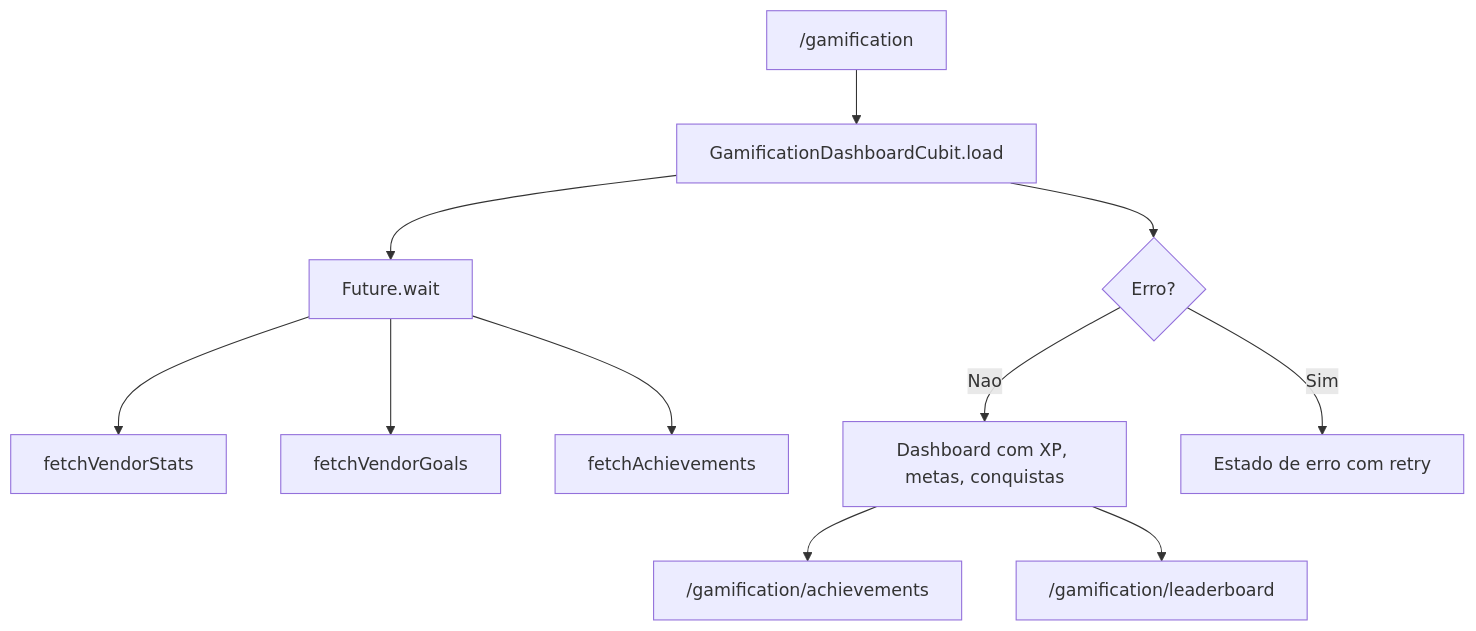
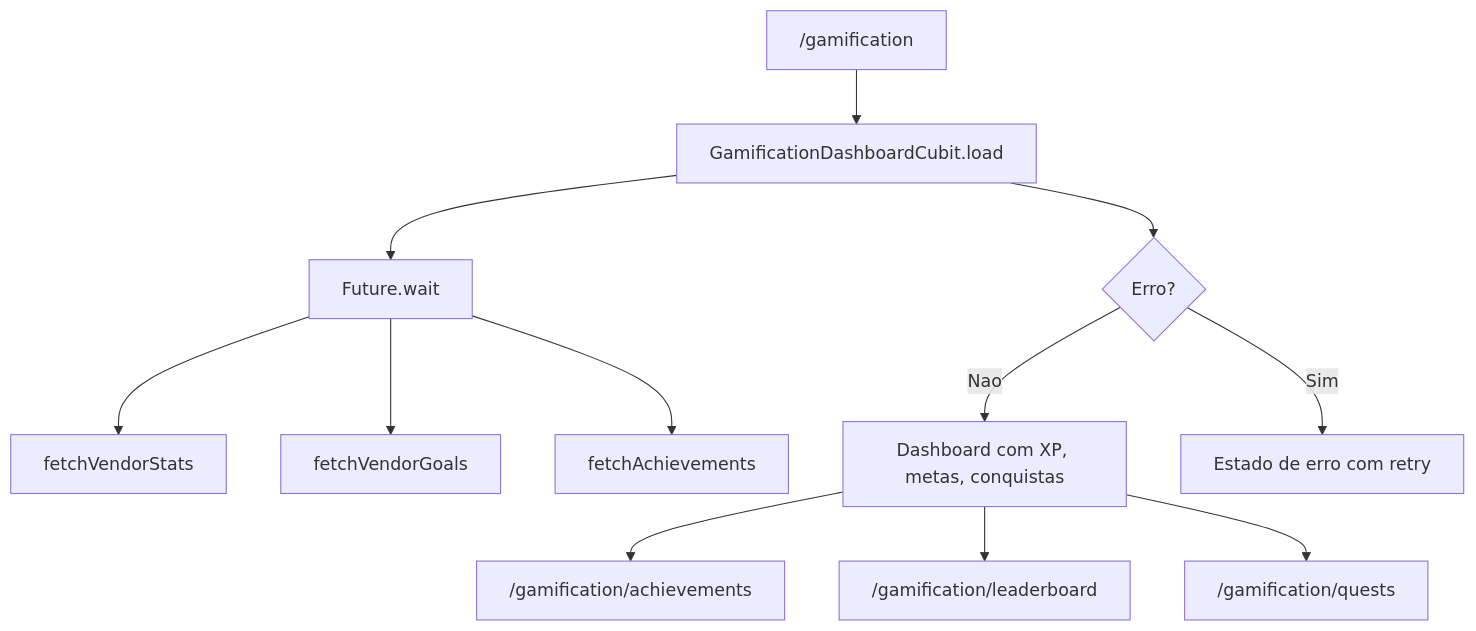
One commit to RenanDiniz21/performaz-mobile changed the sixth of 8 diagrams in docs/APRESENTACAO_TECNICA_COMPLETA.md. Above: the diagram before and after it, drawn with Mermaid. The commit also changed other lines of this file and 21 other files, not shown here.

````diff
--- a/docs/APRESENTACAO_TECNICA_COMPLETA.md
+++ b/docs/APRESENTACAO_TECNICA_COMPLETA.md
@@ -933,13 +944,14 @@
 ```mermaid
 flowchart TD
     A["/gamification"] --> B["GamificationDashboardCubit.load"]
     B --> C["Future.wait"]
     C --> D["fetchVendorStats"]
     C --> E["fetchVendorGoals"]
     C --> F["fetchAchievements"]
     B --> G{"Erro?"}
     G -->|Nao| H["Dashboard com XP, metas, conquistas"]
     G -->|Sim| I["Estado de erro com retry"]
     H --> J["/gamification/achievements"]
     H --> K["/gamification/leaderboard"]
+    H --> L["/gamification/quests"]
 ```
````
